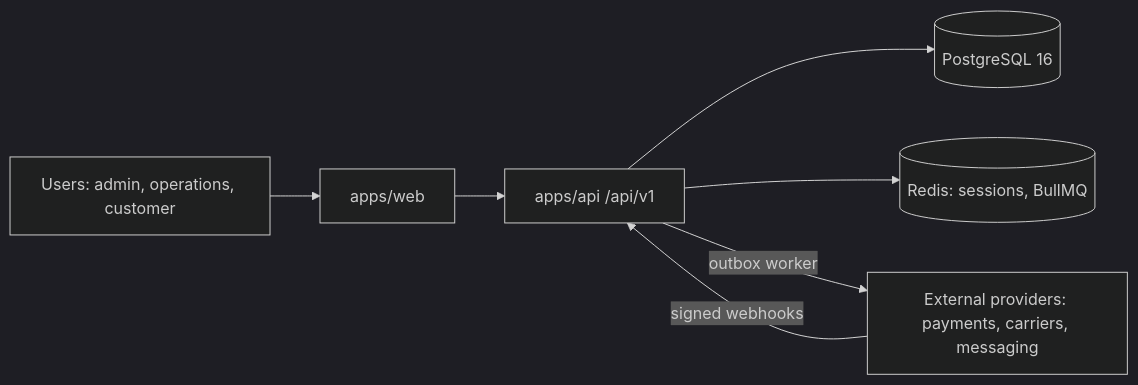
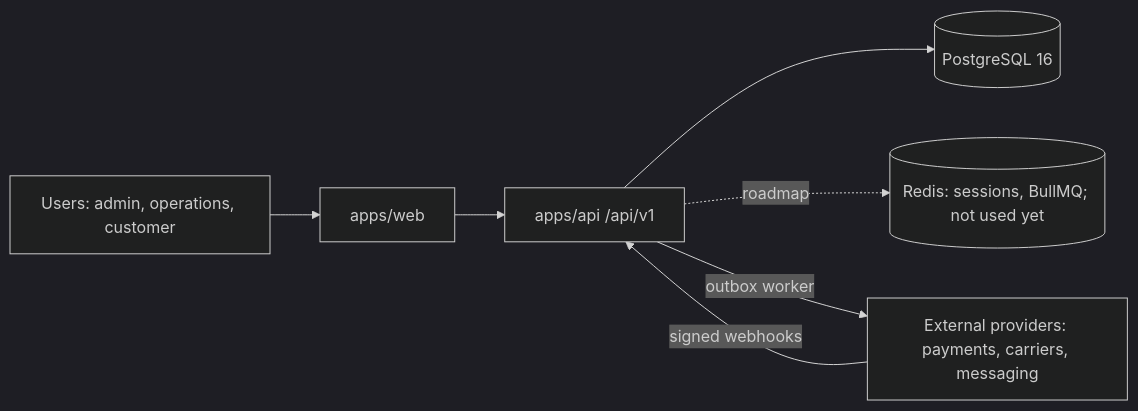
One commit to octavolab/octavolab-app-template changed the diagram in ARCHITECTURE.md. Above: the diagram before and after it, drawn with Mermaid (dark theme). The commit also changed other lines of this file and 29 other files, not shown here.

````diff
--- a/ARCHITECTURE.md
+++ b/ARCHITECTURE.md
@@ -4,9 +4,9 @@
 ```mermaid
 flowchart LR
   U[Users: admin, operations, customer] --> W[apps/web]
   W --> A[apps/api /api/v1]
   A --> P[(PostgreSQL 16)]
-  A --> R[(Redis: sessions, BullMQ)]
+  A -. roadmap .-> R[(Redis: sessions, BullMQ; not used yet)]
   A -- outbox worker --> X[External providers: payments, carriers, messaging]
   X -- signed webhooks --> A
 ```
````
